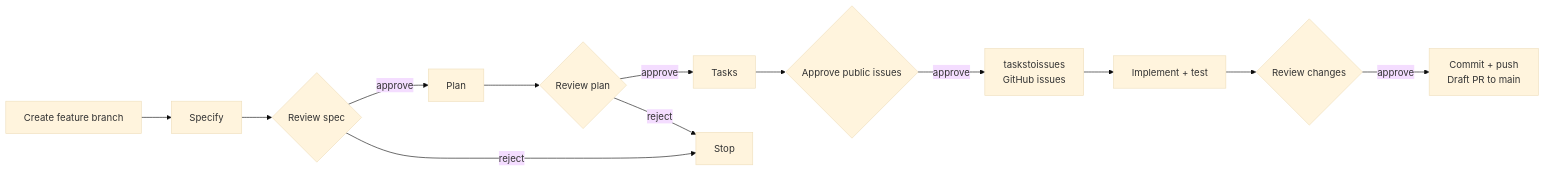
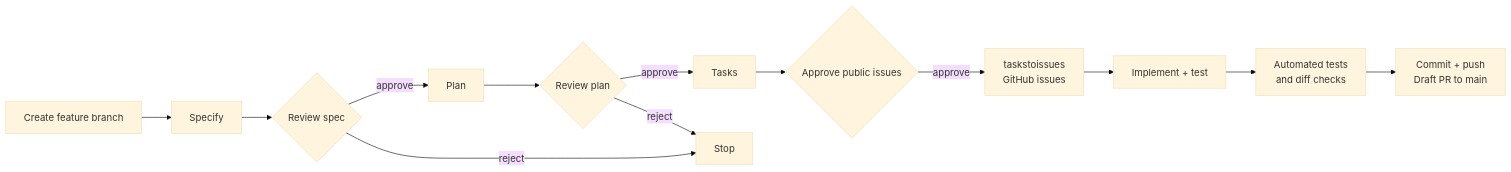
Before and after one commit to hkaanturgut/spec-kit-fleetwise: the fifth of 8 diagrams in README.md, drawn with Mermaid (base theme). The commit also changed other lines of this file and 3 other files, not shown here.

````diff
--- a/README.md
+++ b/README.md
@@ -604,15 +662,15 @@
 ```mermaid
 flowchart LR
     START["Create feature branch"] --> S["Specify"]
     S --> RS{"Review spec"}
     RS -- approve --> P["Plan"]
     P --> RP{"Review plan"}
     RP -- approve --> T["Tasks"]
     T --> RI{"Approve public issues"}
     RI -- approve --> ISS["taskstoissues<br/>GitHub issues"]
     ISS --> I["Implement + test"]
-    I --> RC{"Review changes"}
-    RC -- approve --> PR["Commit + push<br/>Draft PR to main"]
+    I --> RC["Automated tests<br/>and diff checks"]
+    RC --> PR["Commit + push<br/>Draft PR to main"]
     RS -- reject --> STOP["Stop"]
     RP -- reject --> STOP
 ```
````
